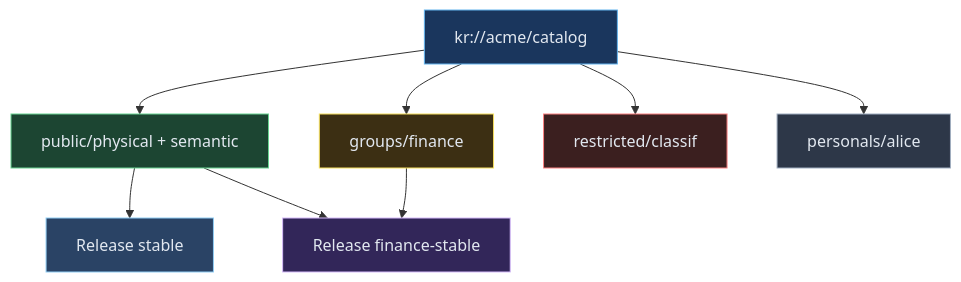
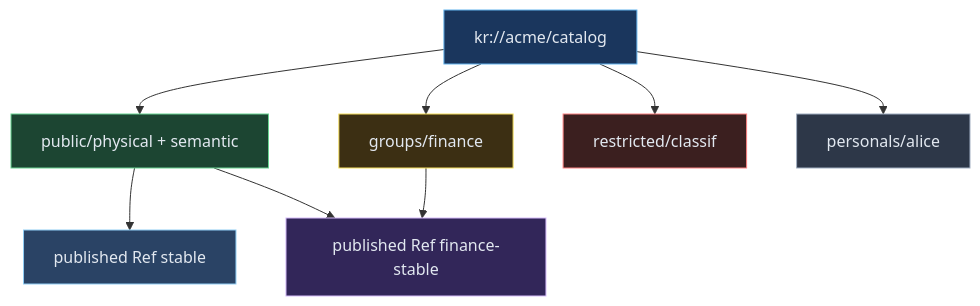
Before and after one commit to AlexKaiqi/knowledge-catalog: the tenth of 17 diagrams in docs/KNOWLEDGE_CATALOG_DESIGN.md, drawn with Mermaid. The commit also changed other lines of this file and 183 other files, not shown here.

````diff
--- a/docs/KNOWLEDGE_CATALOG_DESIGN.md
+++ b/docs/KNOWLEDGE_CATALOG_DESIGN.md
@@ -723,25 +725,25 @@
 ```mermaid
 %% diagram:company-catalog-one
 flowchart TB
   CAT["kr://acme/catalog"]
   PUB["public/physical + semantic"]
   GRP["groups/finance"]
   RST["restricted/classif"]
   PER["personals/alice"]
-  STABLE["Release stable"]
-  FIN["Release finance-stable"]
+  STABLE["published Ref stable"]
+  FIN["published Ref finance-stable"]
   CAT --> PUB
   CAT --> GRP
   CAT --> RST
   CAT --> PER
   PUB --> STABLE
   PUB --> FIN
   GRP --> FIN
   style CAT fill:#1a365d,stroke:#63b3ed,color:#e2e8f0
   style PUB fill:#1c4532,stroke:#68d391,color:#e2e8f0
   style GRP fill:#3c2f13,stroke:#f6e05e,color:#e2e8f0
   style RST fill:#3b1f1f,stroke:#fc8181,color:#e2e8f0
   style PER fill:#2d3748,stroke:#a0aec0,color:#e2e8f0
   style STABLE fill:#2a4365,stroke:#90cdf4,color:#e2e8f0
   style FIN fill:#322659,stroke:#d6bcfa,color:#e2e8f0
 ```
````
